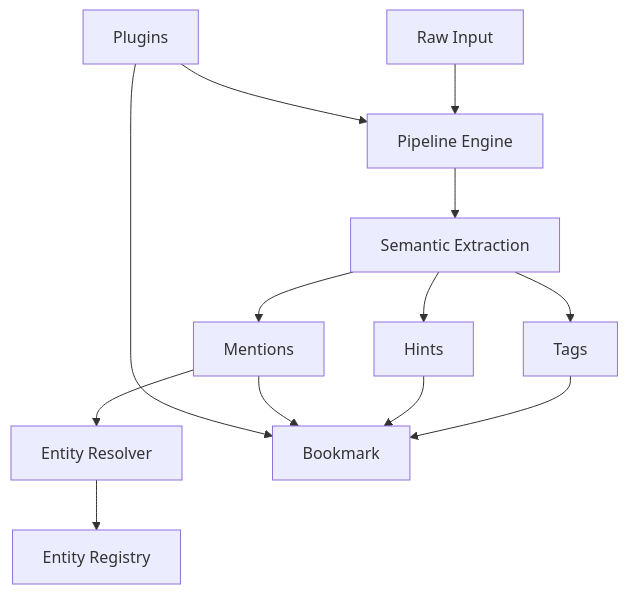
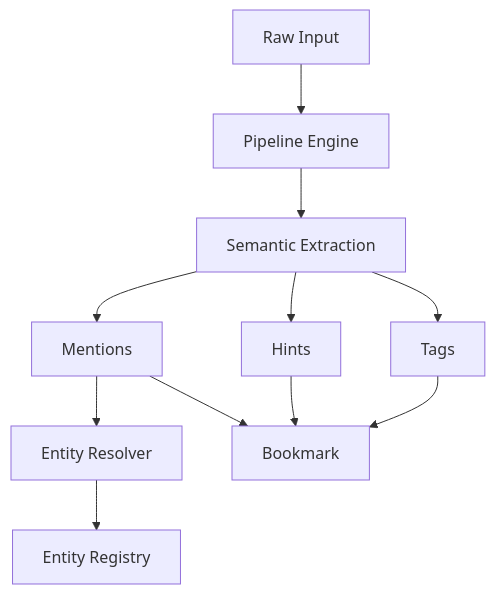
The diagram in docs/ctxt/schema-object.md (ContextHelp/ContextHelp), drawn with Mermaid before and after one commit. The commit also changed other lines of this file and 152 other files, not shown here.

````diff
--- a/docs/ctxt/schema-object.md
+++ b/docs/ctxt/schema-object.md
@@ -61,15 +59,13 @@
 ```mermaid
 flowchart TD
     A[Raw Input] --> B[Pipeline Engine]
     B --> C[Semantic Extraction]
     C --> D1[Tags]
     C --> D2[Hints]
     C --> D3[Mentions]
     D3 --> E[Entity Resolver]
     E --> F[Entity Registry]
     D1 --> G[Bookmark]
     D2 --> G
     D3 --> G
-    H[Plugins] --> G
-    H --> B
 ```
````
